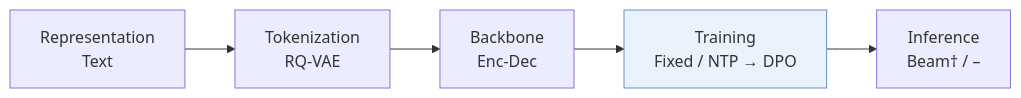
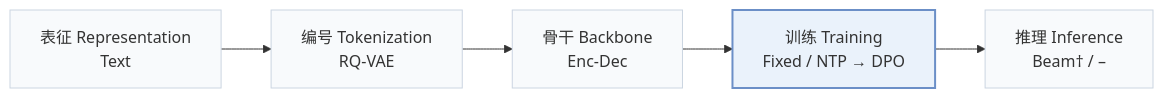
Before and after one commit to Galaxy-ghost/Awesome-SID-Generative-Rec: the first of 2 diagrams in pages/zh/papers/ragr.md, drawn with Mermaid. The commit also changed other lines of this file and 649 other files, not shown here.

Commit message:
writer-05: also tags and modality index (schema, check, build, visuals); summary field removed; calibration data for 12 papers

````diff
--- a/pages/zh/papers/ragr.md
+++ b/pages/zh/papers/ragr.md
@@ -13,6 +15,8 @@
 ```mermaid
 flowchart LR
-    R["Representation<br/>Text"] --> T["Tokenization<br/>RQ-VAE"] --> B["Backbone<br/>Enc-Dec"] --> TR["Training<br/>Fixed / NTP → DPO"] --> I["Inference<br/>Beam† / –"]
-    classDef main fill:#eaf2fb,stroke:#6b8fc7
+    R["表征 Representation<br/>Text"] --> T["编号 Tokenization<br/>RQ-VAE"] --> B["骨干 Backbone<br/>Enc-Dec"] --> TR["训练 Training<br/>Fixed / NTP → DPO"] --> I["推理 Inference<br/>Beam† / –"]
+    classDef base fill:#f8fafc,stroke:#cbd5e1
+    class R,T,B,TR,I base
+    classDef main fill:#eaf2fb,stroke:#6b8fc7,stroke-width:2px
     class TR main
 ```
````
